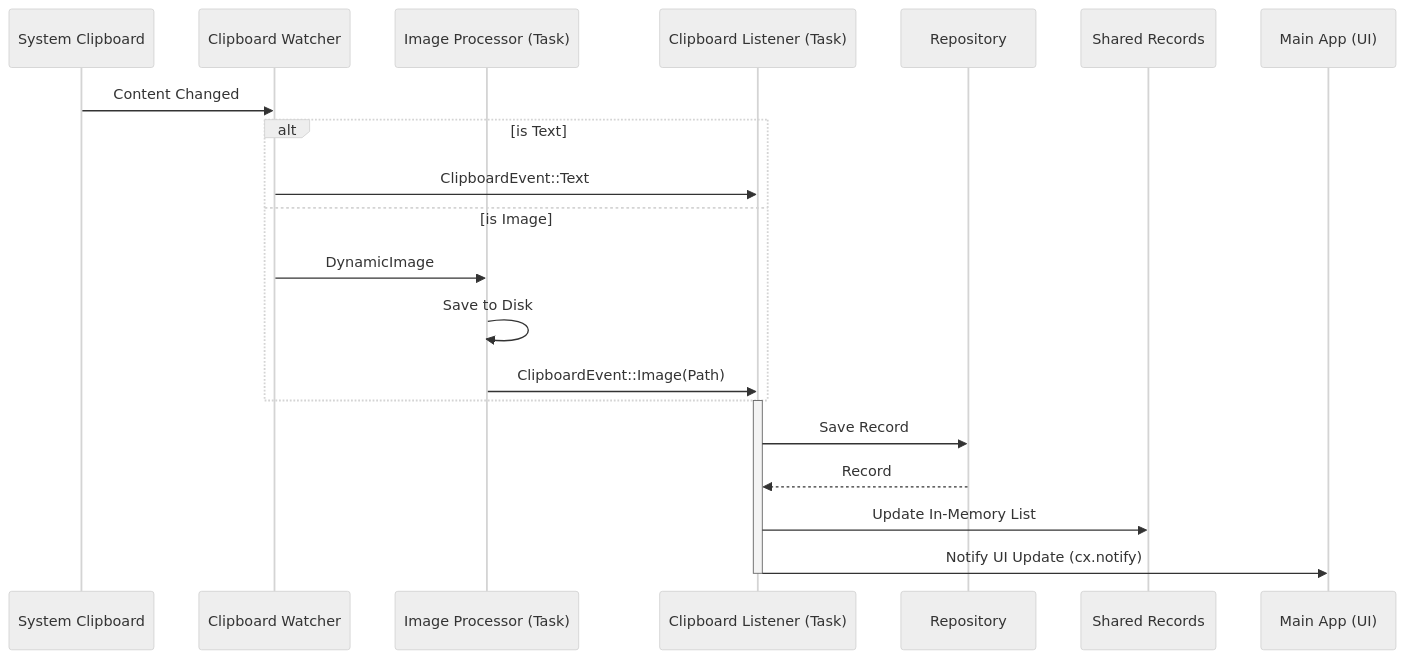
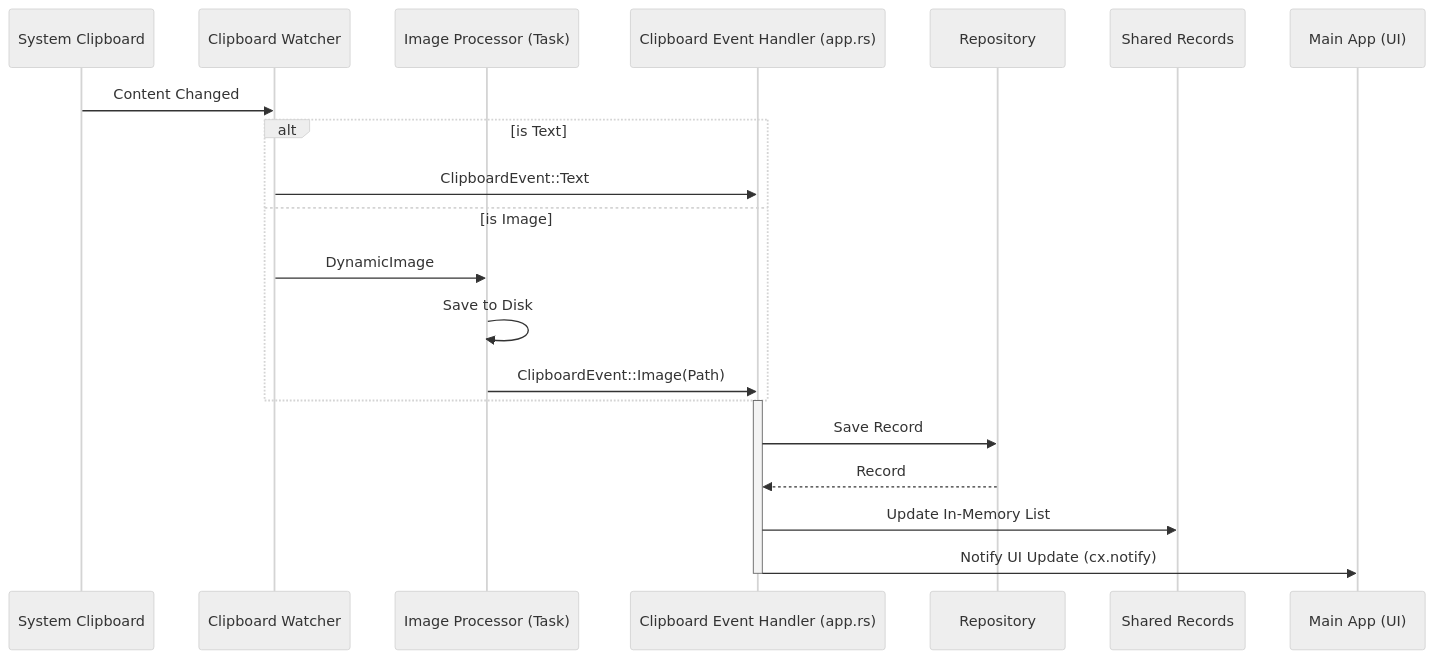
The second of 2 diagrams in doc/Concurrency-Analysis.md (StudentWeis/ropy), drawn with Mermaid (neutral theme) before and after one commit. The commit also changed other lines of this file and 9 other files, not shown here.

````diff
--- a/doc/Concurrency-Analysis.md
+++ b/doc/Concurrency-Analysis.md
@@ -98,26 +100,26 @@
 ```mermaid
 sequenceDiagram
     participant Sys as System Clipboard
     participant CW as Clipboard Watcher
     participant IP as Image Processor (Task)
-    participant CL as Clipboard Listener (Task)
+    participant CL as Clipboard Event Handler (app.rs)
     participant Repo as Repository
     participant Shared as Shared Records
     participant Main as Main App (UI)
 
     Sys->>CW: Content Changed
     alt is Text
         CW->>CL: ClipboardEvent::Text
     else is Image
         CW->>IP: DynamicImage
         IP->>IP: Save to Disk
         IP->>CL: ClipboardEvent::Image(Path)
     end
 
     activate CL
     CL->>Repo: Save Record
     Repo-->>CL: Record
     CL->>Shared: Update In-Memory List
     CL->>Main: Notify UI Update (cx.notify)
     deactivate CL
 ```
````
